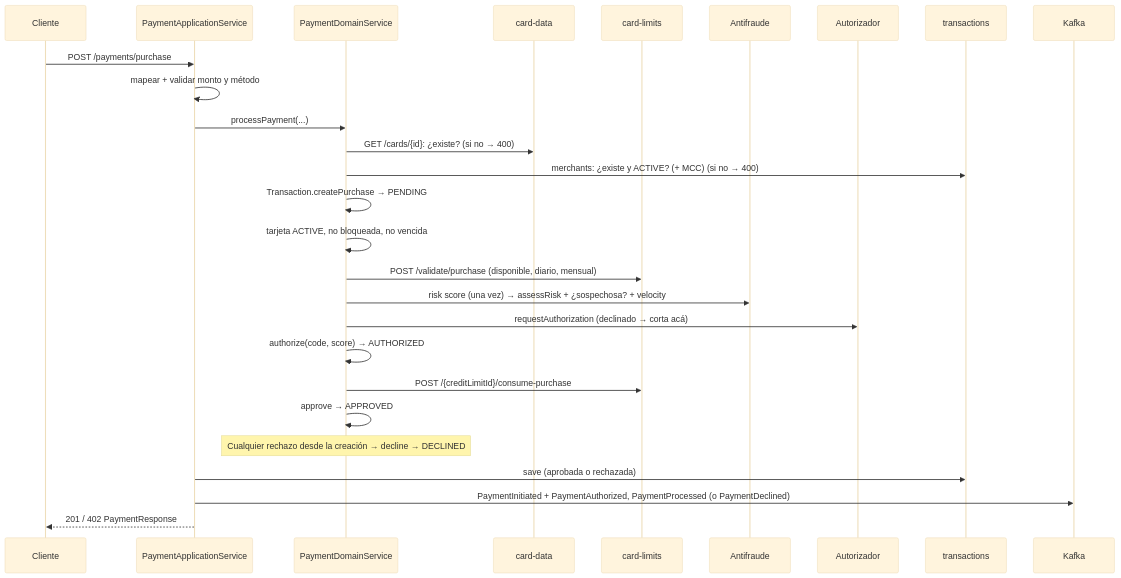
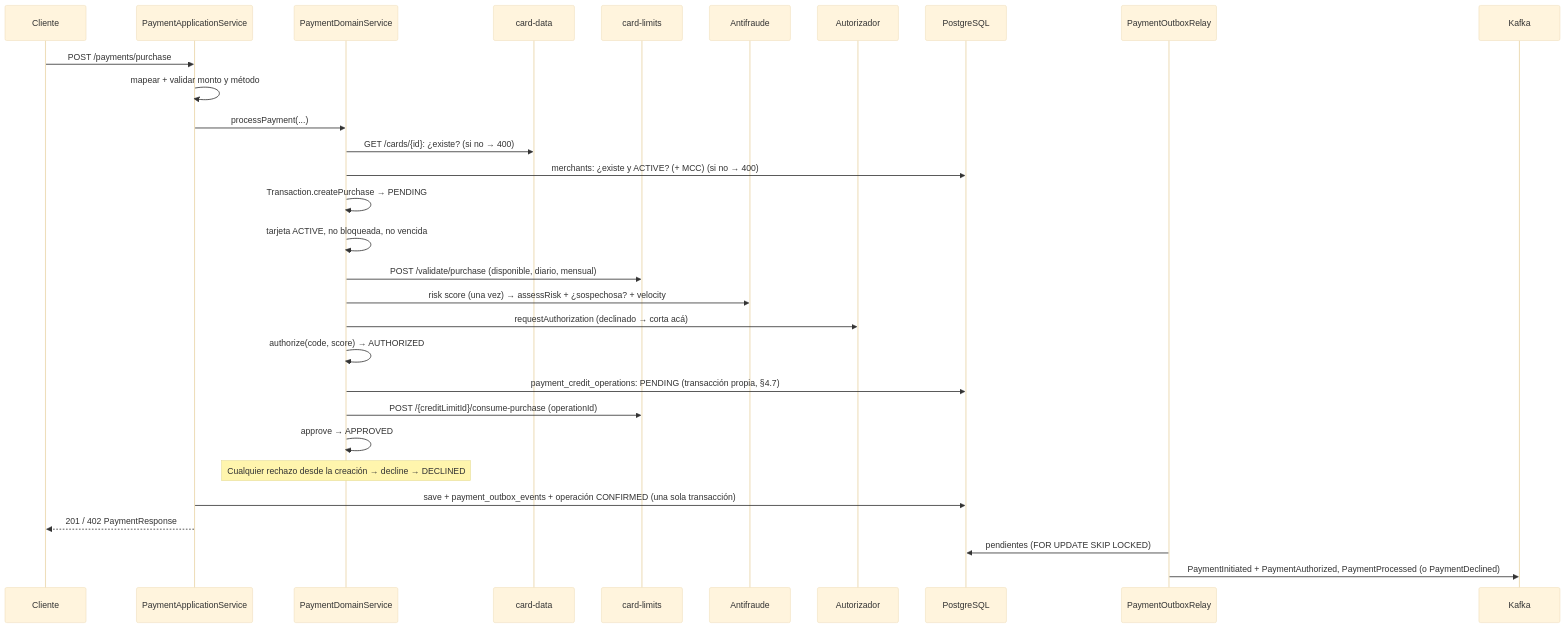
One commit to creditcard-managment/card-managment-service changed the third of 3 diagrams in docs/technical/PAYMENT.md. Above: the diagram before and after it, drawn with Mermaid (base theme). The commit also changed other lines of this file and 63 other files, not shown here.

````diff
--- a/docs/technical/PAYMENT.md
+++ b/docs/technical/PAYMENT.md
@@ -173,30 +177,33 @@
 ```mermaid
 sequenceDiagram
     participant C as Cliente
     participant AS as PaymentApplicationService
     participant DS as PaymentDomainService
     participant CD as card-data
     participant CL as card-limits
     participant FR as Antifraude
     participant AU as Autorizador
-    participant DB as transactions
+    participant DB as PostgreSQL
+    participant R as PaymentOutboxRelay
     participant K as Kafka
 
     C->>AS: POST /payments/purchase
     AS->>AS: mapear + validar monto y método
     AS->>DS: processPayment(...)
     DS->>CD: GET /cards/{id}: ¿existe? (si no → 400)
     DS->>DB: merchants: ¿existe y ACTIVE? (+ MCC) (si no → 400)
     DS->>DS: Transaction.createPurchase → PENDING
     DS->>DS: tarjeta ACTIVE, no bloqueada, no vencida
     DS->>CL: POST /validate/purchase (disponible, diario, mensual)
     DS->>FR: risk score (una vez) → assessRisk + ¿sospechosa? + velocity
     DS->>AU: requestAuthorization (declinado → corta acá)
     DS->>DS: authorize(code, score) → AUTHORIZED
-    DS->>CL: POST /{creditLimitId}/consume-purchase
+    DS->>DB: payment_credit_operations: PENDING (transacción propia, §4.7)
+    DS->>CL: POST /{creditLimitId}/consume-purchase (operationId)
     DS->>DS: approve → APPROVED
     Note over DS: Cualquier rechazo desde la creación → decline → DECLINED
-    AS->>DB: save (aprobada o rechazada)
-    AS->>K: PaymentInitiated + PaymentAuthorized, PaymentProcessed (o PaymentDeclined)
+    AS->>DB: save + payment_outbox_events + operación CONFIRMED (una sola transacción)
     AS-->>C: 201 / 402 PaymentResponse
+    R->>DB: pendientes (FOR UPDATE SKIP LOCKED)
+    R->>K: PaymentInitiated + PaymentAuthorized, PaymentProcessed (o PaymentDeclined)
 ```
````
